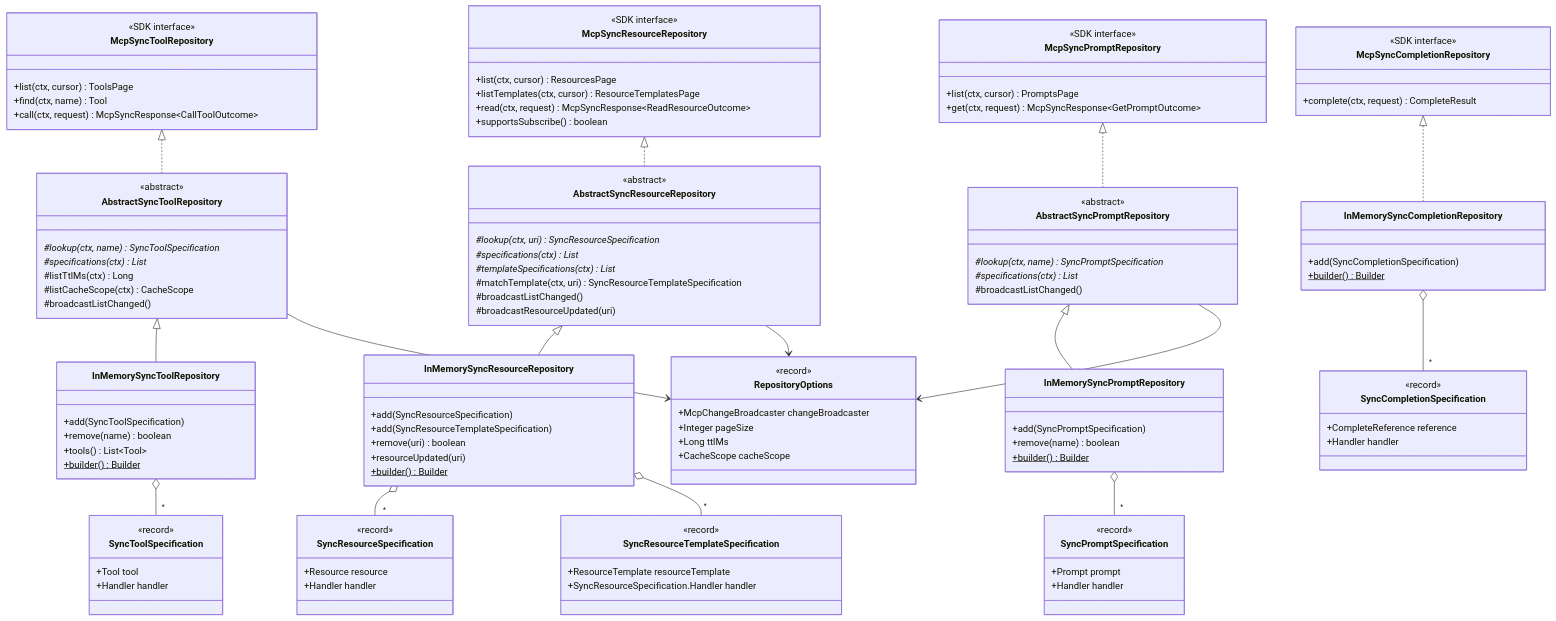
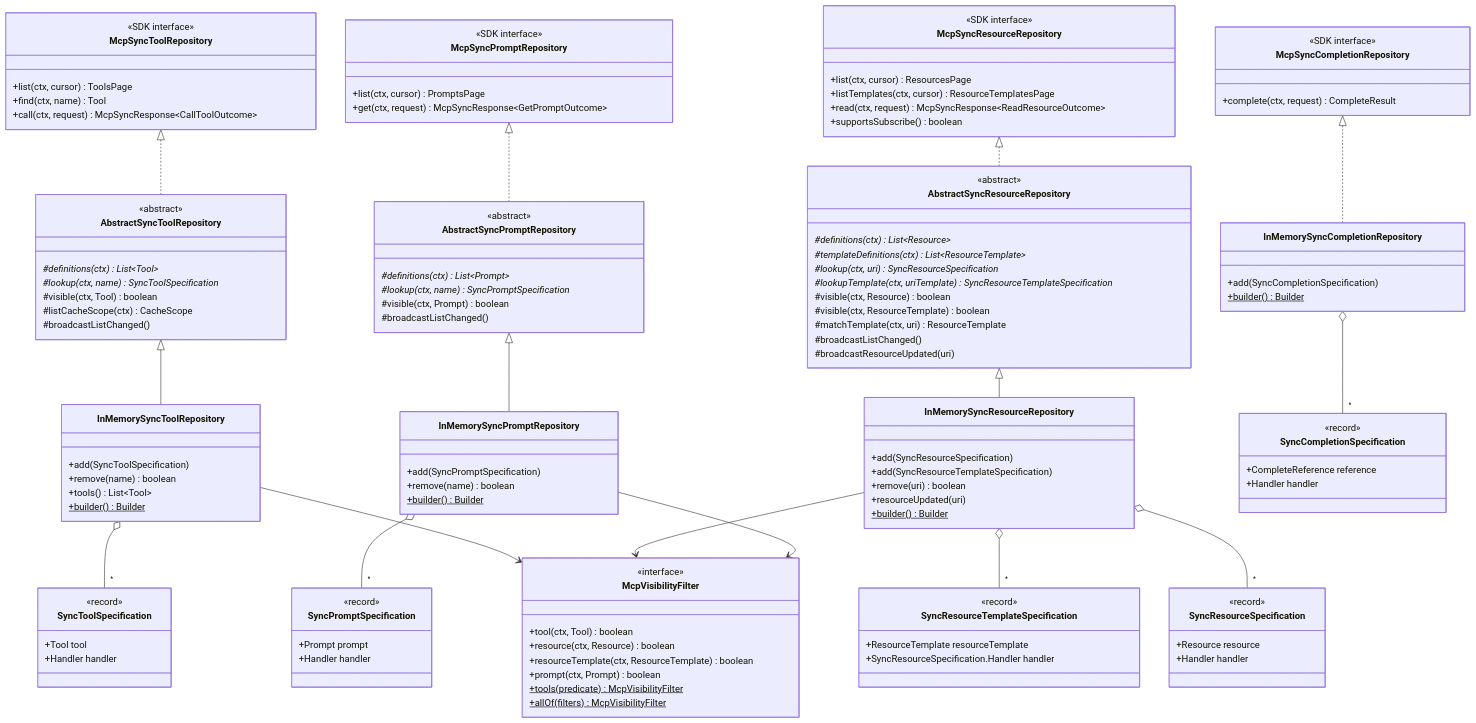
The first of 13 diagrams in design/mcp-modern-integration/MODERN.md (tzolov/spring-ai), drawn with Mermaid before and after one commit. The commit also changed other lines of this file and 5 other files, not shown here.

```diff
--- a/design/mcp-modern-integration/MODERN.md
+++ b/design/mcp-modern-integration/MODERN.md
@@ -66,33 +103,39 @@
 
     class AbstractSyncToolRepository {
         <<abstract>>
+        #definitions(ctx)* List~Tool~
         #lookup(ctx, name)* SyncToolSpecification
-        #specifications(ctx)* List
-        #listTtlMs(ctx) Long
+        #visible(ctx, Tool) boolean
         #listCacheScope(ctx) CacheScope
         #broadcastListChanged()
     }
     class AbstractSyncResourceRepository {
         <<abstract>>
+        #definitions(ctx)* List~Resource~
+        #templateDefinitions(ctx)* List~ResourceTemplate~
         #lookup(ctx, uri)* SyncResourceSpecification
-        #specifications(ctx)* List
-        #templateSpecifications(ctx)* List
-        #matchTemplate(ctx, uri) SyncResourceTemplateSpecification
+        #lookupTemplate(ctx, uriTemplate)* SyncResourceTemplateSpecification
+        #visible(ctx, Resource) boolean
+        #visible(ctx, ResourceTemplate) boolean
+        #matchTemplate(ctx, uri) ResourceTemplate
         #broadcastListChanged()
         #broadcastResourceUpdated(uri)
     }
     class AbstractSyncPromptRepository {
         <<abstract>>
+        #definitions(ctx)* List~Prompt~
         #lookup(ctx, name)* SyncPromptSpecification
-        #specifications(ctx)* List
+        #visible(ctx, Prompt) boolean
         #broadcastListChanged()
     }
-    class RepositoryOptions {
-        <<record>>
-        +McpChangeBroadcaster changeBroadcaster
-        +Integer pageSize
-        +Long ttlMs
-        +CacheScope cacheScope
+    class McpVisibilityFilter {
+        <<interface>>
+        +tool(ctx, Tool) boolean
+        +resource(ctx, Resource) boolean
+        +resourceTemplate(ctx, ResourceTemplate) boolean
+        +prompt(ctx, Prompt) boolean
+        +tools(predicate)$ McpVisibilityFilter
+        +allOf(filters)$ McpVisibilityFilter
     }
 
     class InMemorySyncToolRepository {
@@ -151,9 +194,9 @@
     AbstractSyncResourceRepository <|-- InMemorySyncResourceRepository
     AbstractSyncPromptRepository <|-- InMemorySyncPromptRepository
     McpSyncCompletionRepository <|.. InMemorySyncCompletionRepository
-    AbstractSyncToolRepository --> RepositoryOptions
-    AbstractSyncResourceRepository --> RepositoryOptions
-    AbstractSyncPromptRepository --> RepositoryOptions
+    InMemorySyncToolRepository --> McpVisibilityFilter
+    InMemorySyncResourceRepository --> McpVisibilityFilter
+    InMemorySyncPromptRepository --> McpVisibilityFilter
 
     InMemorySyncToolRepository o-- "*" SyncToolSpecification
     InMemorySyncResourceRepository o-- "*" SyncResourceSpecification
```
